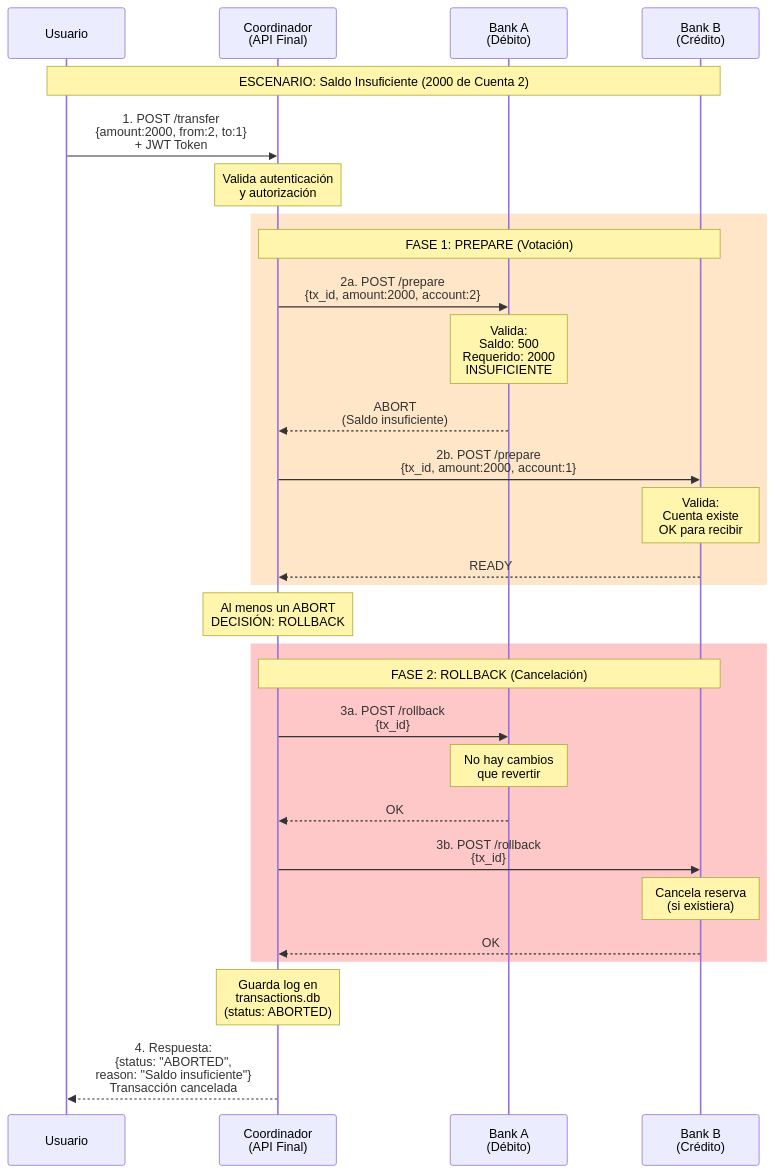
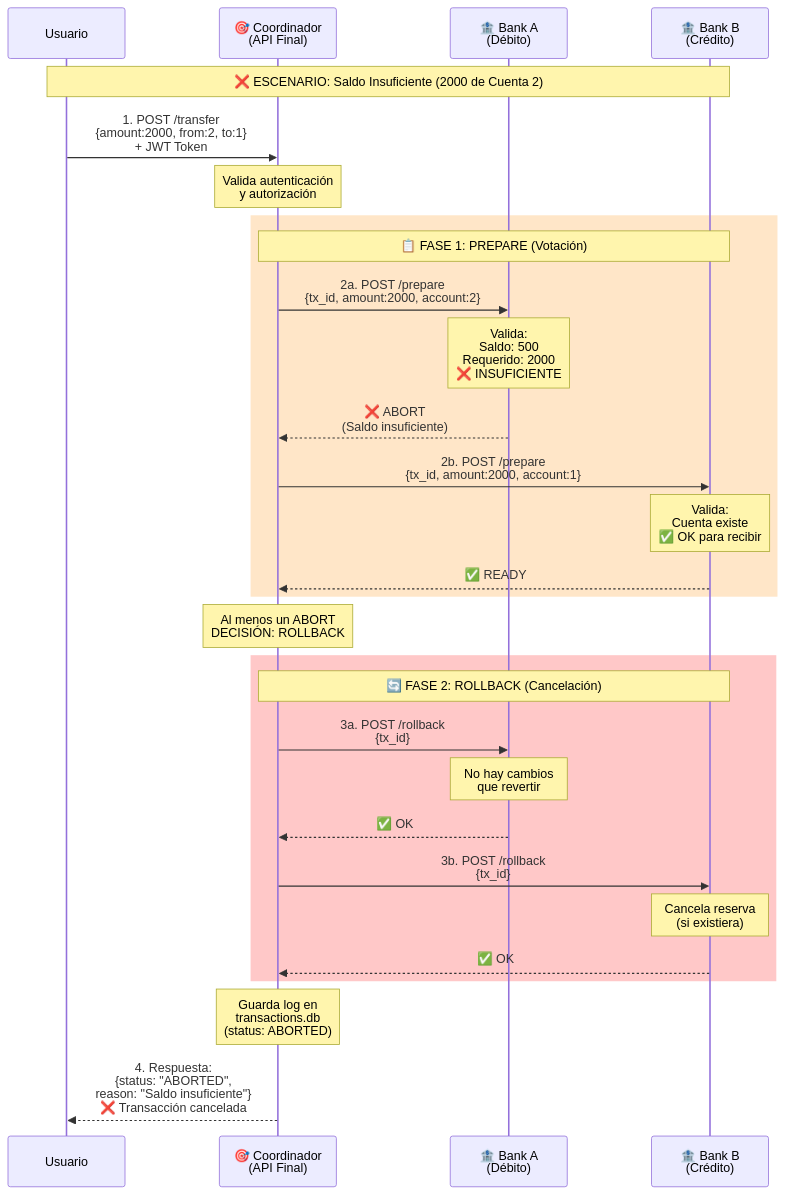
Before and after one commit to axlprz/APIv2final: the third of 8 diagrams in README_DOCUMENTACION.md, drawn with Mermaid. The commit also changed other lines of this file, not shown here.

````diff
--- a/README_DOCUMENTACION.md
+++ b/README_DOCUMENTACION.md
@@ -258,43 +258,43 @@
 ```mermaid
 sequenceDiagram
     participant Usuario
-    participant Coordinador as Coordinador<br/>(API Final)
-    participant BankA as Bank A<br/>(Débito)
-    participant BankB as Bank B<br/>(Crédito)
+    participant Coordinador as 🎯 Coordinador<br/>(API Final)
+    participant BankA as 🏦 Bank A<br/>(Débito)
+    participant BankB as 🏦 Bank B<br/>(Crédito)
     
-    Note over Usuario,BankB: ESCENARIO: Saldo Insuficiente (2000 de Cuenta 2)
+    Note over Usuario,BankB: ❌ ESCENARIO: Saldo Insuficiente (2000 de Cuenta 2)
     
     Usuario->>Coordinador: 1. POST /transfer<br/>{amount:2000, from:2, to:1}<br/>+ JWT Token
     
     Note over Coordinador: Valida autenticación<br/>y autorización
     
     rect rgb(255, 230, 200)
-        Note over Coordinador,BankB: FASE 1: PREPARE (Votación)
+        Note over Coordinador,BankB: 📋 FASE 1: PREPARE (Votación)
         
         Coordinador->>BankA: 2a. POST /prepare<br/>{tx_id, amount:2000, account:2}
-        Note over BankA: Valida:<br/>Saldo: 500<br/>Requerido: 2000<br/> INSUFICIENTE
-        BankA-->>Coordinador: ABORT<br/>(Saldo insuficiente)
+        Note over BankA: Valida:<br/>Saldo: 500<br/>Requerido: 2000<br/>❌ INSUFICIENTE
+        BankA-->>Coordinador: ❌ ABORT<br/>(Saldo insuficiente)
         
         Coordinador->>BankB: 2b. POST /prepare<br/>{tx_id, amount:2000, account:1}
-        Note over BankB: Valida:<br/>Cuenta existe<br/> OK para recibir
-        BankB-->>Coordinador: READY
+        Note over BankB: Valida:<br/>Cuenta existe<br/>✅ OK para recibir
+        BankB-->>Coordinador: ✅ READY
     end
     
     Note over Coordinador: Al menos un ABORT<br/>DECISIÓN: ROLLBACK
     
     rect rgb(255, 200, 200)
-        Note over Coordinador,BankB: FASE 2: ROLLBACK (Cancelación)
+        Note over Coordinador,BankB: 🔄 FASE 2: ROLLBACK (Cancelación)
         
         Coordinador->>BankA: 3a. POST /rollback<br/>{tx_id}
         Note over BankA: No hay cambios<br/>que revertir
-        BankA-->>Coordinador: OK
+        BankA-->>Coordinador: ✅ OK
         
         Coordinador->>BankB: 3b. POST /rollback<br/>{tx_id}
         Note over BankB: Cancela reserva<br/>(si existiera)
-        BankB-->>Coordinador: OK
+        BankB-->>Coordinador: ✅ OK
     end
     
     Note over Coordinador: Guarda log en<br/>transactions.db<br/>(status: ABORTED)
     
-    Coordinador-->>Usuario: 4. Respuesta:<br/>{status: "ABORTED",<br/>reason: "Saldo insuficiente"}<br/> Transacción cancelada
+    Coordinador-->>Usuario: 4. Respuesta:<br/>{status: "ABORTED",<br/>reason: "Saldo insuficiente"}<br/>❌ Transacción cancelada
 ```
````
